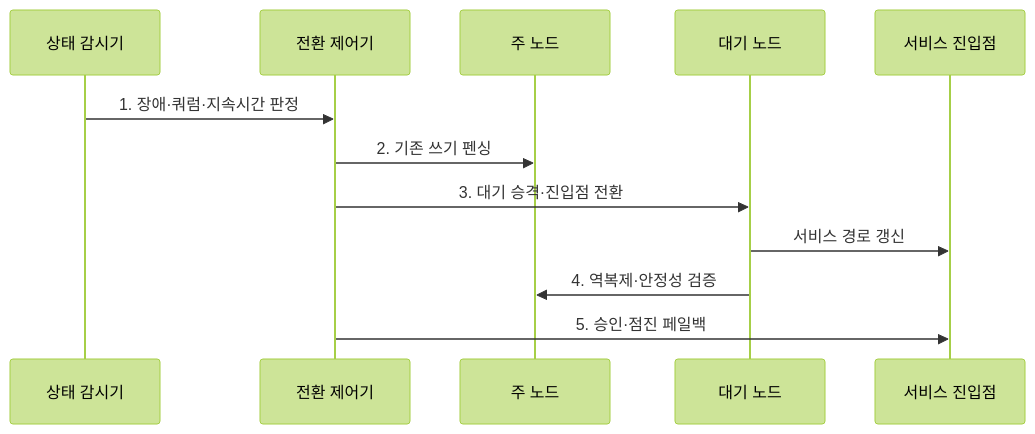
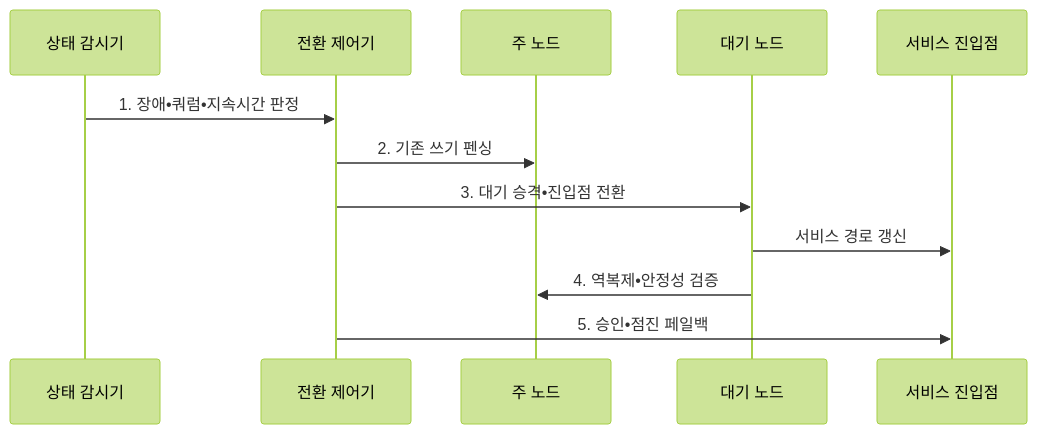
One commit to agnusdei1207/knowledge-base changed the second of 2 diagrams in src/content/docs/notes/06-evaluation/022_auto_failover_failback.md. Above: the diagram before and after it, drawn with Mermaid (forest theme). The commit also changed other lines of this file and 953 other files, not shown here.

````diff
--- a/src/content/docs/notes/06-evaluation/022_auto_failover_failback.md
+++ b/src/content/docs/notes/06-evaluation/022_auto_failover_failback.md
@@ -104,14 +104,14 @@
 ```mermaid
 sequenceDiagram
   participant M as 상태 감시기
   participant C as 전환 제어기
   participant P as 주 노드
   participant S as 대기 노드
   participant E as 서비스 진입점
-  M->>C: 1. 장애·쿼럼·지속시간 판정
+  M->>C: 1. 장애•쿼럼•지속시간 판정
   C->>P: 2. 기존 쓰기 펜싱
-  C->>S: 3. 대기 승격·진입점 전환
+  C->>S: 3. 대기 승격•진입점 전환
   S->>E: 서비스 경로 갱신
-  S->>P: 4. 역복제·안정성 검증
-  C->>E: 5. 승인·점진 페일백
+  S->>P: 4. 역복제•안정성 검증
+  C->>E: 5. 승인•점진 페일백
 ```
````
